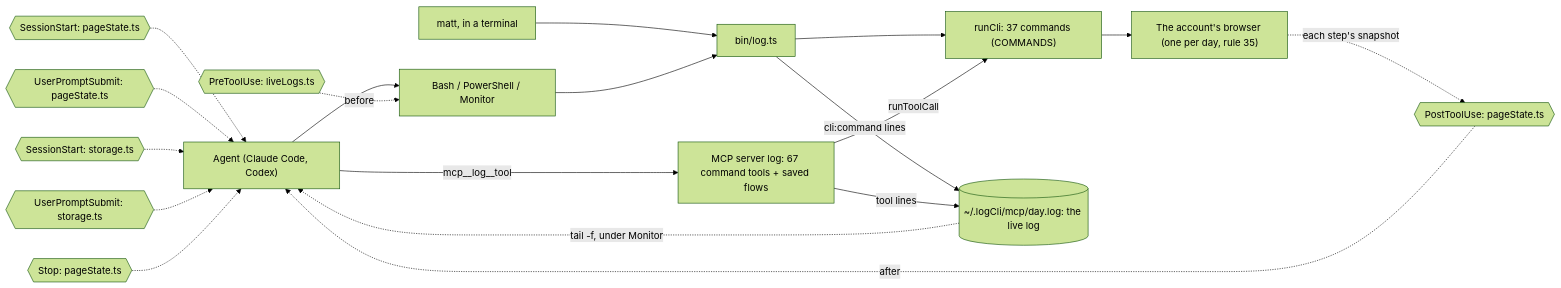
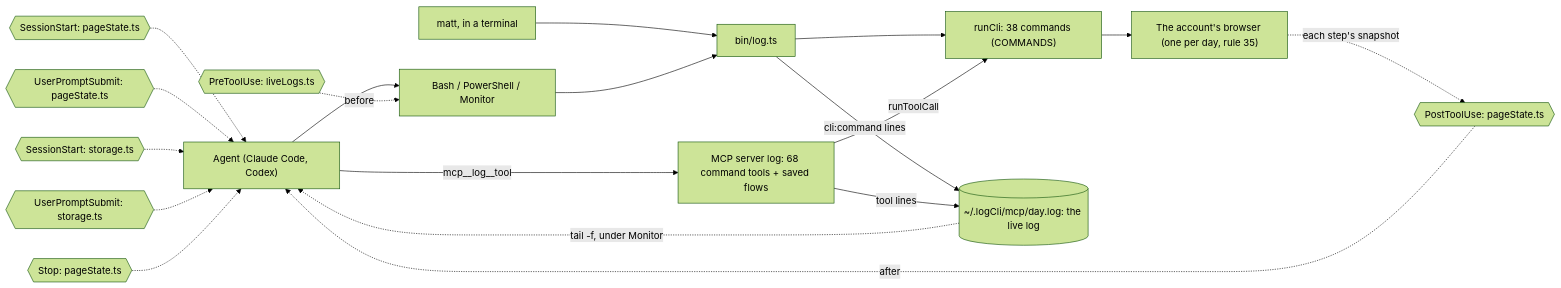
Before and after one commit to matthewdonsemail-lab/log: the diagram in docs/diagrams/surface.mmd, drawn with Mermaid (forest theme). The commit also changed 45 other files, not shown here.

Commit message:
feat: deterministic flows: one scored control match per step, every step waits on Facebook's answer, log facebook preflight before any browser opens (rule 79)

```diff
--- a/docs/diagrams/surface.mmd
+++ b/docs/diagrams/surface.mmd
@@ -1,29 +1,29 @@
 %% How a call reaches log-cli. From a shell or over MCP, both run the same commands through `runCli`, write the same live log, and pass through the same hooks.
 %% Written by `bun run docs:build` from the code (rule 56). Not edited by hand.
 flowchart LR
   agent["Agent (Claude Code, Codex)"]
   matt["matt, in a terminal"]
   shell["Bash / PowerShell / Monitor"]
-  mcp["MCP server log: 67 command tools + saved flows"]
+  mcp["MCP server log: 68 command tools + saved flows"]
   bin["bin/log.ts"]
-  runCli["runCli: 37 commands (COMMANDS)"]
+  runCli["runCli: 38 commands (COMMANDS)"]
   live[("~/.logCli/mcp/day.log: the live log")]
   browser["The account's browser (one per day, rule 35)"]
   agent --> shell
   matt --> bin
   shell --> bin
   agent -->|mcp__log__tool| mcp
   bin --> runCli
   mcp -->|runToolCall| runCli
   runCli --> browser
   bin -->|cli:command lines| live
   mcp -->|tool lines| live
   live -.->|tail -f, under Monitor| agent
   pre0{{"PreToolUse: liveLogs.ts"}} -.->|before| shell
   post0{{"PostToolUse: pageState.ts"}} -.->|after| agent
   turn0{{"SessionStart: pageState.ts"}} -.-> agent
   turn1{{"UserPromptSubmit: pageState.ts"}} -.-> agent
   turn2{{"SessionStart: storage.ts"}} -.-> agent
   turn3{{"UserPromptSubmit: storage.ts"}} -.-> agent
   turn4{{"Stop: pageState.ts"}} -.-> agent
   browser -.->|each step's snapshot| post0
```
